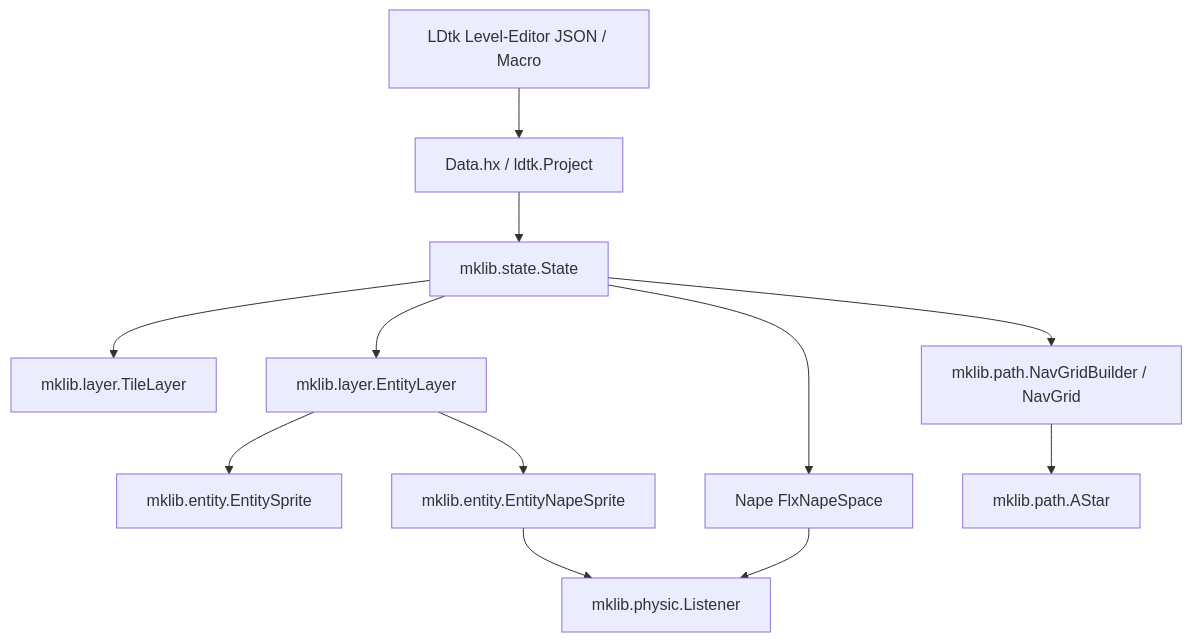
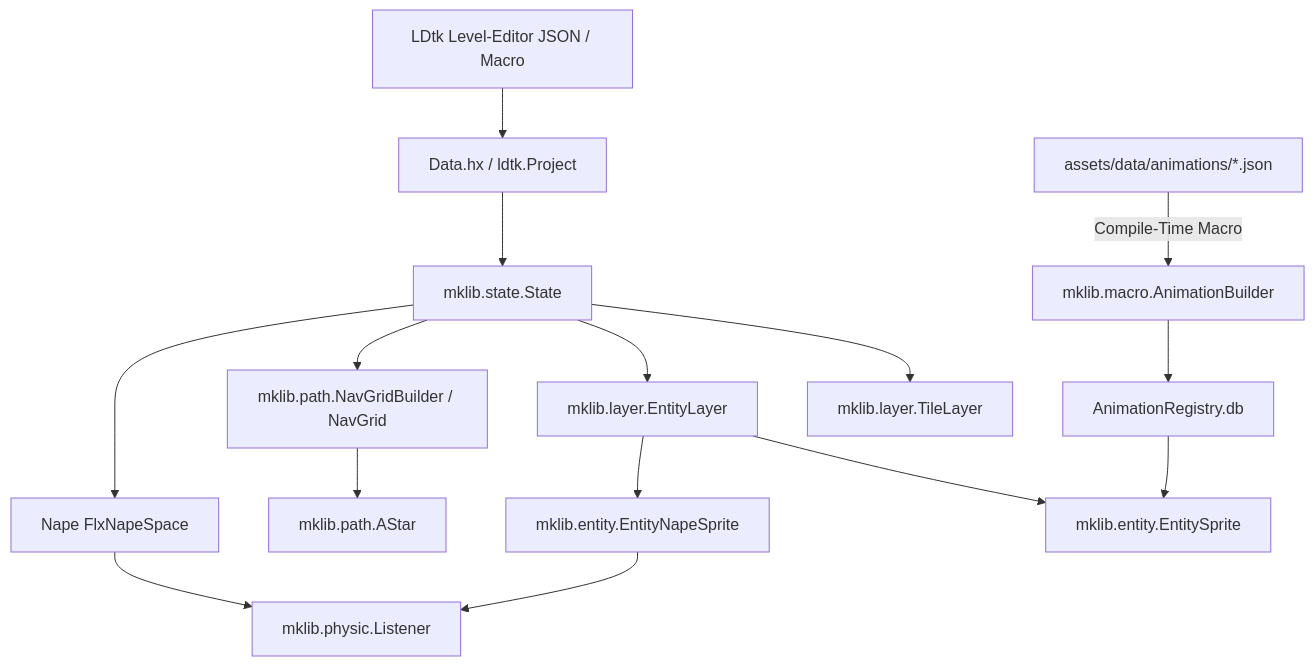
Before and after one commit to markuskahl/mklib: the diagram in docs/README.md, drawn with Mermaid. The commit also changed other lines of this file and 6 other files, not shown here.

Commit message:
feat: add compile-time animation system with JSON definitions and macro-based database building

````diff
--- a/docs/README.md
+++ b/docs/README.md
@@ -59,17 +67,21 @@
 ```mermaid
 graph TD
     LDtk[LDtk Level-Editor JSON / Macro] --> Data[Data.hx / ldtk.Project]
     Data --> State[mklib.state.State]
     State --> TileLayer[mklib.layer.TileLayer]
     State --> EntityLayer[mklib.layer.EntityLayer]
     State --> NavGrid[mklib.path.NavGridBuilder / NavGrid]
     
     EntityLayer --> EntitySprite[mklib.entity.EntitySprite]
     EntityLayer --> EntityNapeSprite[mklib.entity.EntityNapeSprite]
     
+    AnimJSON[assets/data/animations/*.json] -->|Compile-Time Macro| AnimMacro[mklib.macro.AnimationBuilder]
+    AnimMacro --> AnimReg[AnimationRegistry.db]
+    AnimReg --> EntitySprite
+    
     State --> NapeSpace[Nape FlxNapeSpace]
     EntityNapeSprite --> Listener[mklib.physic.Listener]
     NapeSpace --> Listener
     
     NavGrid --> AStar[mklib.path.AStar]
 ```
````
